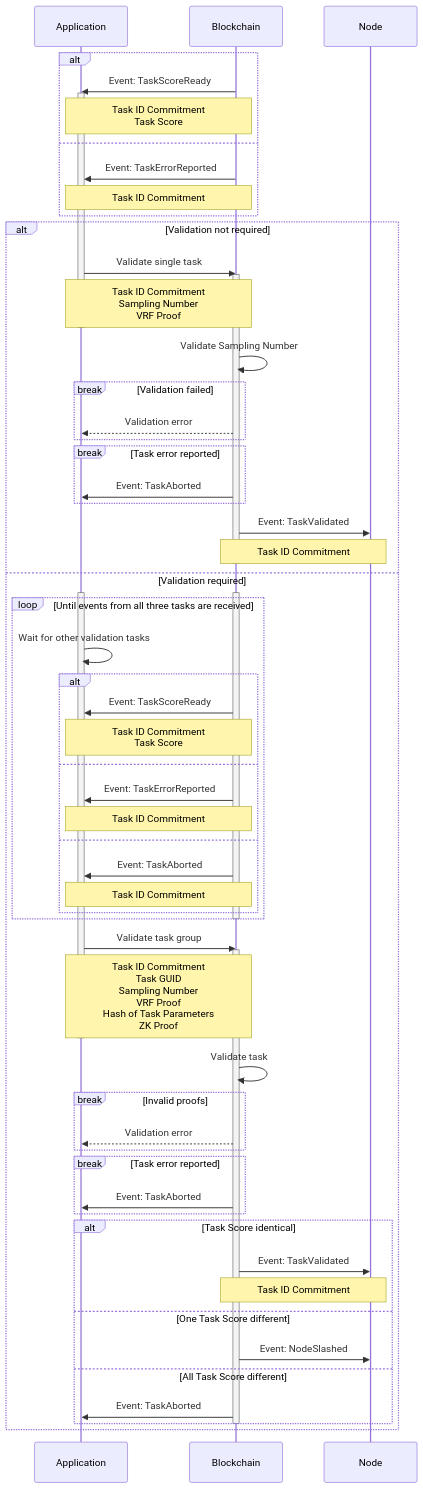
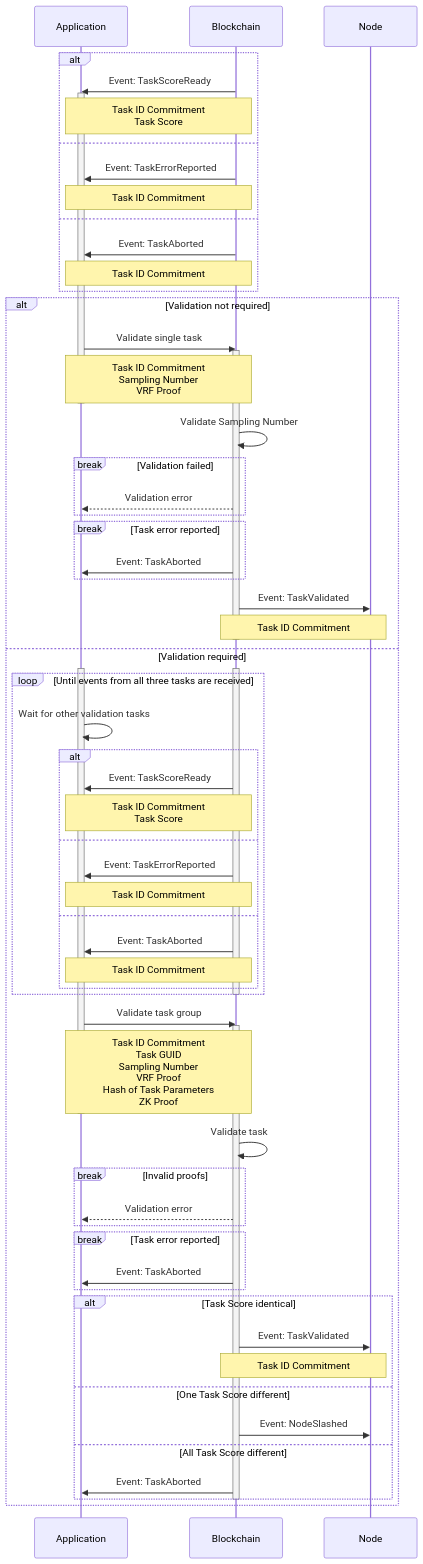
The fourth of 5 diagrams in gitbook/system-design/task-lifecycle.md (crynux-ai/documentation), drawn with Mermaid before and after one commit. The commit also changed other lines of this file, not shown here.

Commit message:
GITBOOK-349: No subject

````diff
--- a/gitbook/system-design/task-lifecycle.md
+++ b/gitbook/system-design/task-lifecycle.md
@@ -278,77 +278,80 @@
 ```mermaid
 sequenceDiagram
     Participant A as Application
     Participant B as Blockchain
     Participant N as Node
 
     alt
         B ->> A: Event: TaskScoreReady
         activate A
         Note over A,B: Task ID Commitment<br />Task Score
     else
         B ->> A: Event: TaskErrorReported
+        Note over A,B: Task ID Commitment
+    else
+        B ->> A: Event: TaskAborted
         Note over A,B: Task ID Commitment
     end
 
     alt Validation not required
         A ->> B: Validate single task
         activate B
         Note over A,B: Task ID Commitment<br/>Sampling Number<br/>VRF Proof
         deactivate A
         B ->> B: Validate Sampling Number
         break Validation failed
             B -->> A: Validation error 
         end
         break Task error reported
             B ->> A: Event: TaskAborted
         end
 
         B ->> N: Event: TaskValidated
         Note over B,N: Task ID Commitment
         
         deactivate B
     else Validation required
         activate A
         activate B
 
         loop Until events from all three tasks are received
             A ->> A: Wait for other validation tasks
             alt
                 B ->> A: Event: TaskScoreReady
                 Note over A,B: Task ID Commitment<br />Task Score
             else
                 B ->> A: Event: TaskErrorReported
                 Note over A,B: Task ID Commitment
             else
                 B ->> A: Event: TaskAborted
                 Note over A,B: Task ID Commitment
             end            
         end
 
         deactivate B
 
         A ->> B: Validate task group
         activate B
         Note over A,B: Task ID Commitment<br/>Task GUID<br/>Sampling Number<br/>VRF Proof<br/>Hash of Task Parameters<br/>ZK Proof
         deactivate A
         B ->> B: Validate task
         break Invalid proofs
             B -->> A: Validation error 
         end
         break Task error reported
             B ->> A: Event: TaskAborted
         end
         
         alt Task Score identical
             B ->> N: Event: TaskValidated
             Note over B,N: Task ID Commitment
         else One Task Score different
             B ->> N: Event: NodeSlashed
         else All Task Score different
             B ->> A: Event: TaskAborted
         end
 
         deactivate B
     end
     
 ```
````
